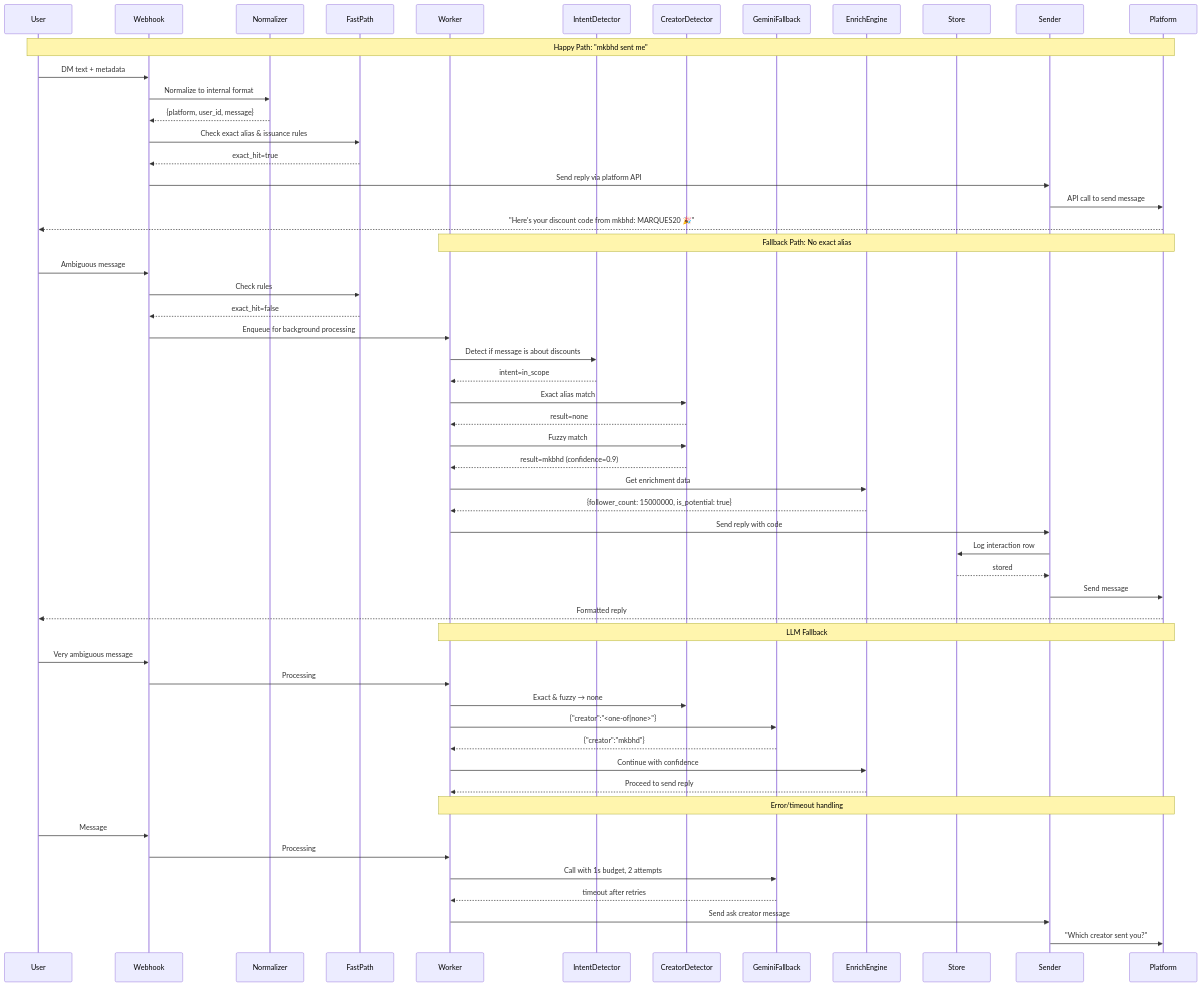
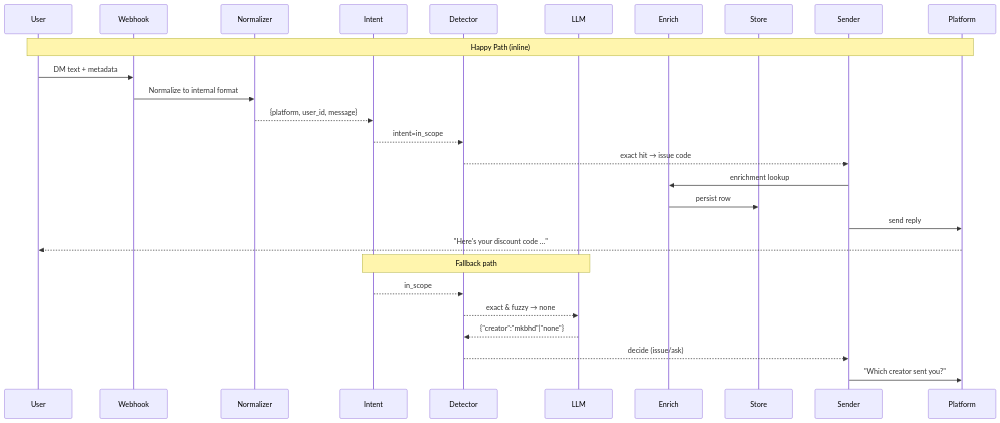
Before and after one commit to AlexAtmtit/ai-discount-agent: the diagram in design/sequence.mmd, drawn with Mermaid. The commit also changed 12 other files, not shown here.

Commit message:
Schemas and Readme Updates

```diff
--- a/design/sequence.mmd
+++ b/design/sequence.mmd
@@ -1,60 +1,29 @@
 sequenceDiagram
     participant User
     participant Webhook
     participant Normalizer
-    participant FastPath
-    participant Worker
-    participant IntentDetector
-    participant CreatorDetector
-    participant GeminiFallback
-    participant EnrichEngine
+    participant Intent
+    participant Detector
+    participant LLM
+    participant Enrich
     participant Store
     participant Sender
     participant Platform
 
-    Note over User, Platform: Happy Path: "mkbhd sent me"
+    Note over User, Platform: Happy Path (inline)
     User->>Webhook: DM text + metadata
     Webhook->>Normalizer: Normalize to internal format
-    Normalizer-->>Webhook: {platform, user_id, message}
+    Normalizer-->>Intent: {platform, user_id, message}
+    Intent-->>Detector: intent=in_scope
+    Detector-->>Sender: exact hit → issue code
+    Sender->>Enrich: enrichment lookup
+    Enrich->>Store: persist row
+    Sender->>Platform: send reply
+    Platform-->>User: "Here's your discount code …"
 
-    Webhook->>FastPath: Check exact alias & issuance rules
-    FastPath-->>Webhook: exact_hit=true
-    Webhook->>Sender: Send reply via platform API
-    Sender->>Platform: API call to send message
-    Platform-->>User: "Here's your discount code from mkbhd: MARQUES20 🎉"
-
-    Note over Worker, Platform: Fallback Path: No exact alias
-    User->>Webhook: Ambiguous message
-    Webhook->>FastPath: Check rules
-    FastPath-->>Webhook: exact_hit=false
-    Webhook->>Worker: Enqueue for background processing
-    Worker->>IntentDetector: Detect if message is about discounts
-    IntentDetector-->>Worker: intent=in_scope
-    Worker->>CreatorDetector: Exact alias match
-    CreatorDetector-->>Worker: result=none
-    Worker->>CreatorDetector: Fuzzy match
-    CreatorDetector-->>Worker: result=mkbhd (confidence=0.9)
-    Worker->>EnrichEngine: Get enrichment data
-    EnrichEngine-->>Worker: {follower_count: 15000000, is_potential: true}
-    Worker->>Sender: Send reply with code
-    Sender->>Store: Log interaction row
-    Store-->>Sender: stored
-    Sender->>Platform: Send message
-    Platform-->>User: Formatted reply
-
-    Note over Worker, Platform: LLM Fallback
-    User->>Webhook: Very ambiguous message
-    Webhook->>Worker: Processing
-    Worker->>CreatorDetector: Exact & fuzzy → none
-    Worker->>GeminiFallback: {"creator":"<one-of|none>"}
-    GeminiFallback-->>Worker: {"creator":"mkbhd"}
-    Worker->>EnrichEngine: Continue with confidence
-    EnrichEngine-->>Worker: Proceed to send reply
-
-    Note over Worker, Platform: Error/timeout handling
-    User->>Webhook: Message
-    Webhook->>Worker: Processing
-    Worker->>GeminiFallback: Call with 1s budget, 2 attempts
-    GeminiFallback-->>Worker: timeout after retries
-    Worker->>Sender: Send ask creator message
+    Note over Intent, LLM: Fallback path
+    Intent-->>Detector: in_scope
+    Detector-->>LLM: exact & fuzzy → none
+    LLM-->>Detector: {"creator":"mkbhd"|"none"}
+    Detector-->>Sender: decide (issue/ask)
     Sender->>Platform: "Which creator sent you?"
```
